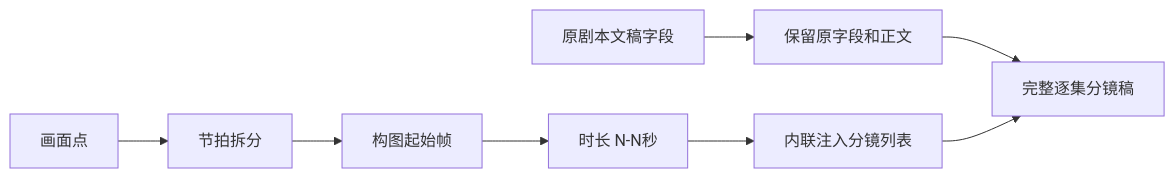
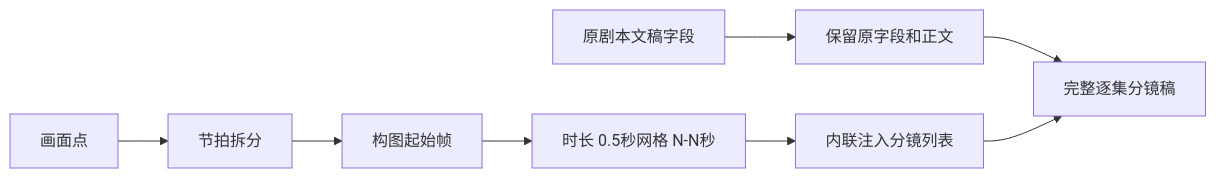
One commit to ZEN-VOID/AI-CUT changed the second of 2 diagrams in .agents/skills/aigc/7-分镜/SKILL.md. Above: the diagram before and after it, drawn with Mermaid. The commit also changed other lines of this file and 293 other files, not shown here.

````diff
--- a/.agents/skills/aigc/7-分镜/SKILL.md
+++ b/.agents/skills/aigc/7-分镜/SKILL.md
@@ -187,10 +195,10 @@
 ```mermaid
 flowchart LR
     S["原剧本文稿字段"] --> O["保留原字段和正文"]
     V["画面点"] --> B["节拍拆分"]
     B --> C["构图起始帧"]
-    C --> D["时长 N-N秒"]
+    C --> D["时长 0.5秒网格 N-N秒"]
     D --> I["内联注入分镜列表"]
     O --> F["完整逐集分镜稿"]
     I --> F
 ```
````
